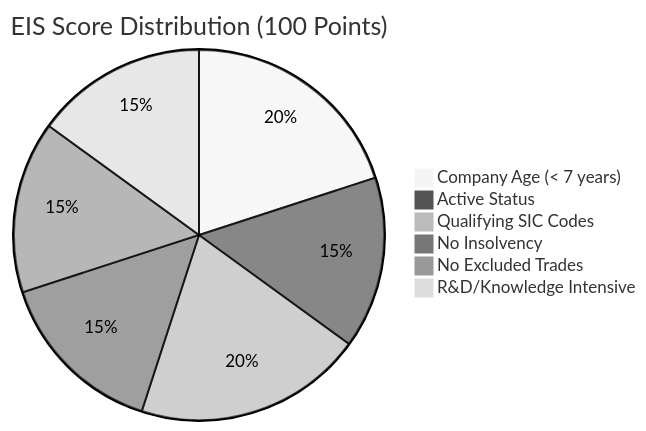
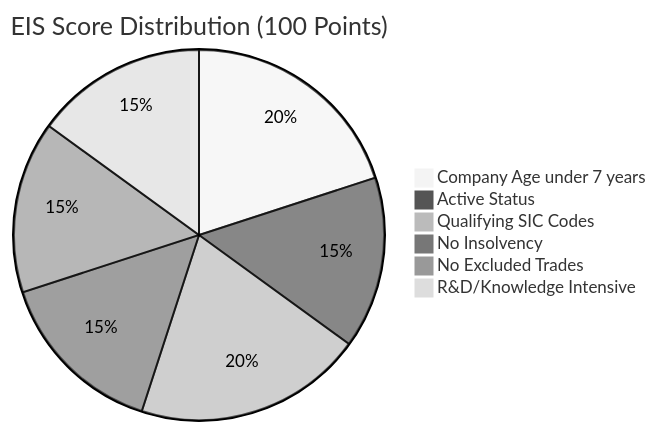
Before and after one commit to nagasriramnani/Currency-Intelligence-Platform-V2: the second of 12 diagrams in EIS_ARCHITECTURE_REPORT.md, drawn with Mermaid (neutral theme). The commit also changed other lines of this file, not shown here.

First line of the commit message:
fix: Mermaid syntax errors in EIS Architecture Report

````diff
--- a/EIS_ARCHITECTURE_REPORT.md
+++ b/EIS_ARCHITECTURE_REPORT.md
@@ -117,9 +117,9 @@
 ```mermaid
 pie title EIS Score Distribution (100 Points)
-    "Company Age (< 7 years)" : 20
+    "Company Age under 7 years" : 20
     "Active Status" : 15
     "Qualifying SIC Codes" : 20
     "No Insolvency" : 15
     "No Excluded Trades" : 15
     "R&D/Knowledge Intensive" : 15
 ```
````
